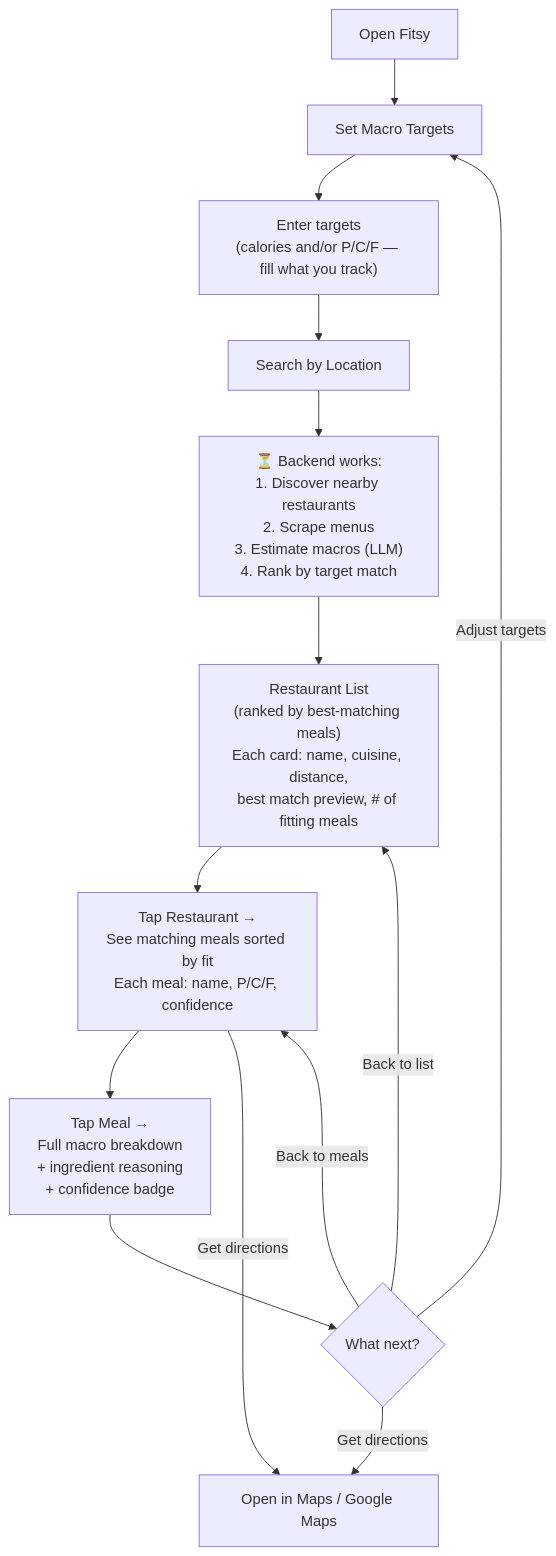
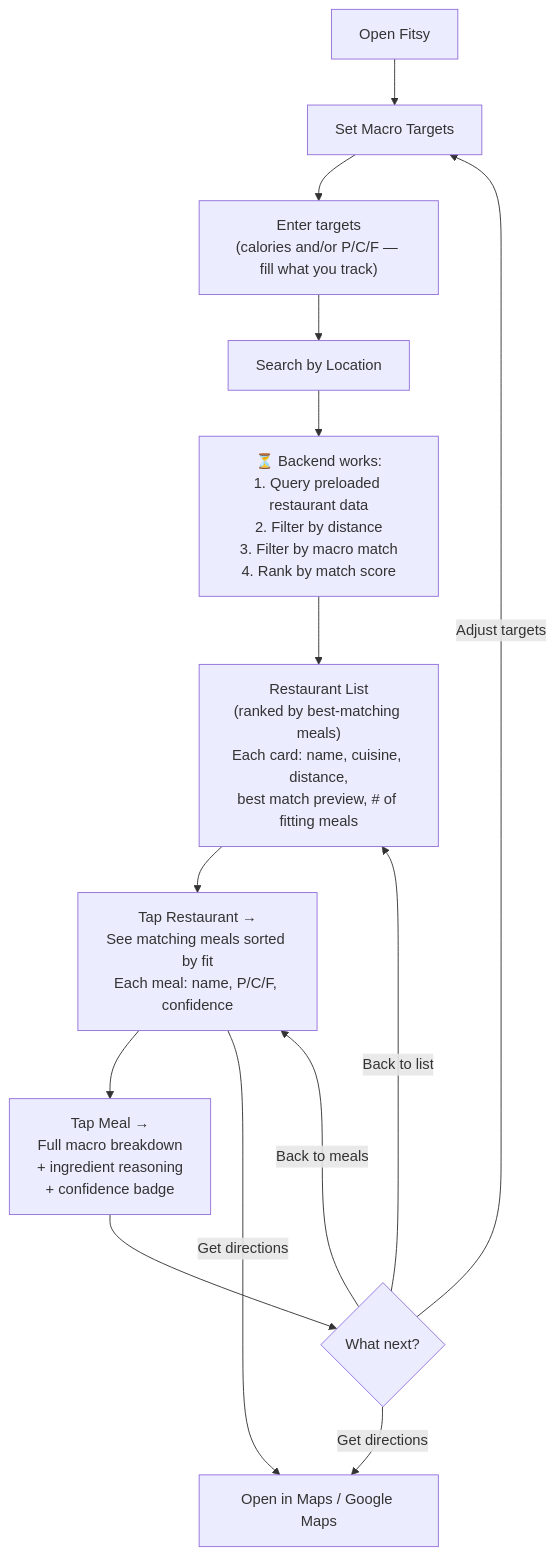
The first of 2 diagrams in docs/product/specs/vision-prd.md (dgmolla/fitsy), drawn with Mermaid before and after one commit. The commit also changed other lines of this file, not shown here.

````diff
--- a/docs/product/specs/vision-prd.md
+++ b/docs/product/specs/vision-prd.md
@@ -104,22 +106,22 @@
 ```mermaid
 flowchart TD
     A[Open Fitsy] --> B[Set Macro Targets]
     B --> C["Enter targets<br/>(calories and/or P/C/F — fill what you track)"]
     C --> D[Search by Location]
 
-    D --> Loading["⏳ Backend works:<br/>1. Discover nearby restaurants<br/>2. Scrape menus<br/>3. Estimate macros (LLM)<br/>4. Rank by target match"]
+    D --> Loading["⏳ Backend works:<br/>1. Query preloaded restaurant data<br/>2. Filter by distance<br/>3. Filter by macro match<br/>4. Rank by match score"]
 
     Loading --> List["Restaurant List<br/>(ranked by best-matching meals)<br/>Each card: name, cuisine, distance,<br/>best match preview, # of fitting meals"]
 
     List --> Restaurant["Tap Restaurant →<br/>See matching meals sorted by fit<br/>Each meal: name, P/C/F, confidence"]
 
     Restaurant --> Meal["Tap Meal →<br/>Full macro breakdown<br/>+ ingredient reasoning<br/>+ confidence badge"]
 
     Meal --> R{What next?}
     R -->|"Get directions"| Maps["Open in Maps / Google Maps"]
     R -->|"Back to meals"| Restaurant
     R -->|"Back to list"| List
     R -->|"Adjust targets"| B
 
     Restaurant -->|"Get directions"| Maps
 ```
````
